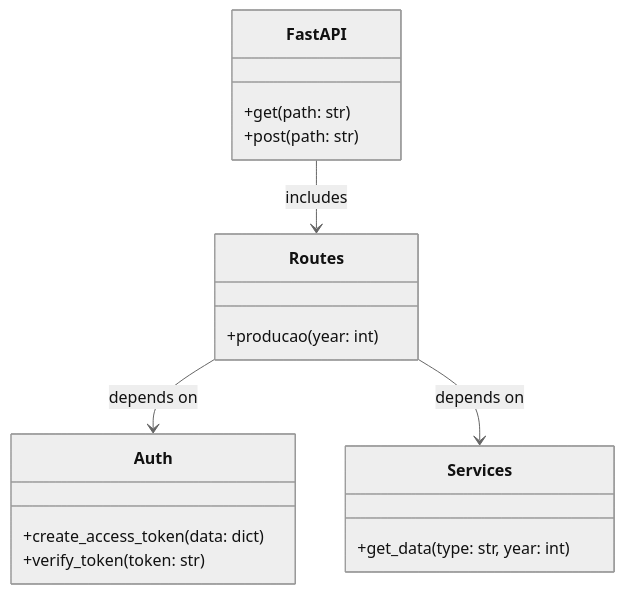
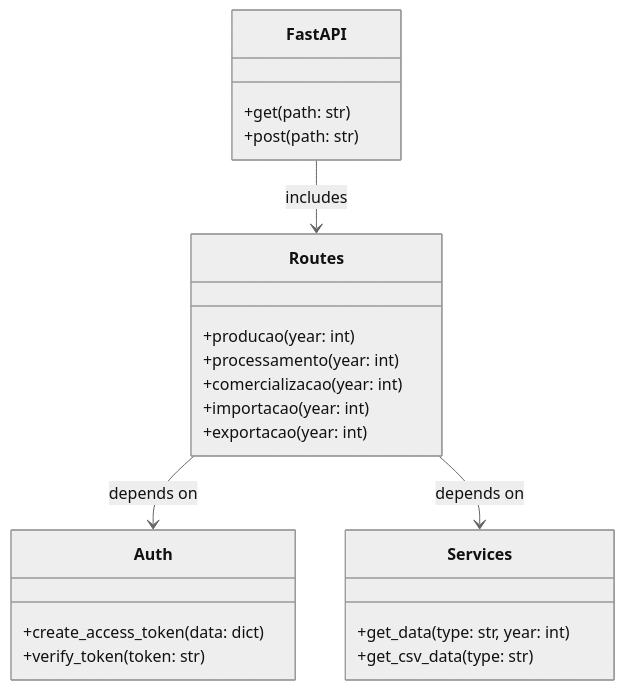
Before and after one commit to diegoalber1/ml-tech-fiap-vitivinicultura-api: the sixth of 8 diagrams in README.md, drawn with Mermaid (neutral theme). The commit also changed other lines of this file, not shown here.

Commit message:
sequence diagram

````diff
--- a/README.md
+++ b/README.md
@@ -310,25 +339,30 @@
 ```mermaid
 classDiagram
     class FastAPI {
         +get(path: str)
         +post(path: str)
     }
 
     class Auth {
         +create_access_token(data: dict)
         +verify_token(token: str)
     }
 
     class Routes {
         +producao(year: int)
+        +processamento(year: int)
+        +comercializacao(year: int)
+        +importacao(year: int)
+        +exportacao(year: int)
     }
 
     class Services {
         +get_data(type: str, year: int)
+        +get_csv_data(type: str)
     }
 
     FastAPI --> Routes : includes
     Routes --> Auth : depends on
     Routes --> Services : depends on
 
 ```
````
